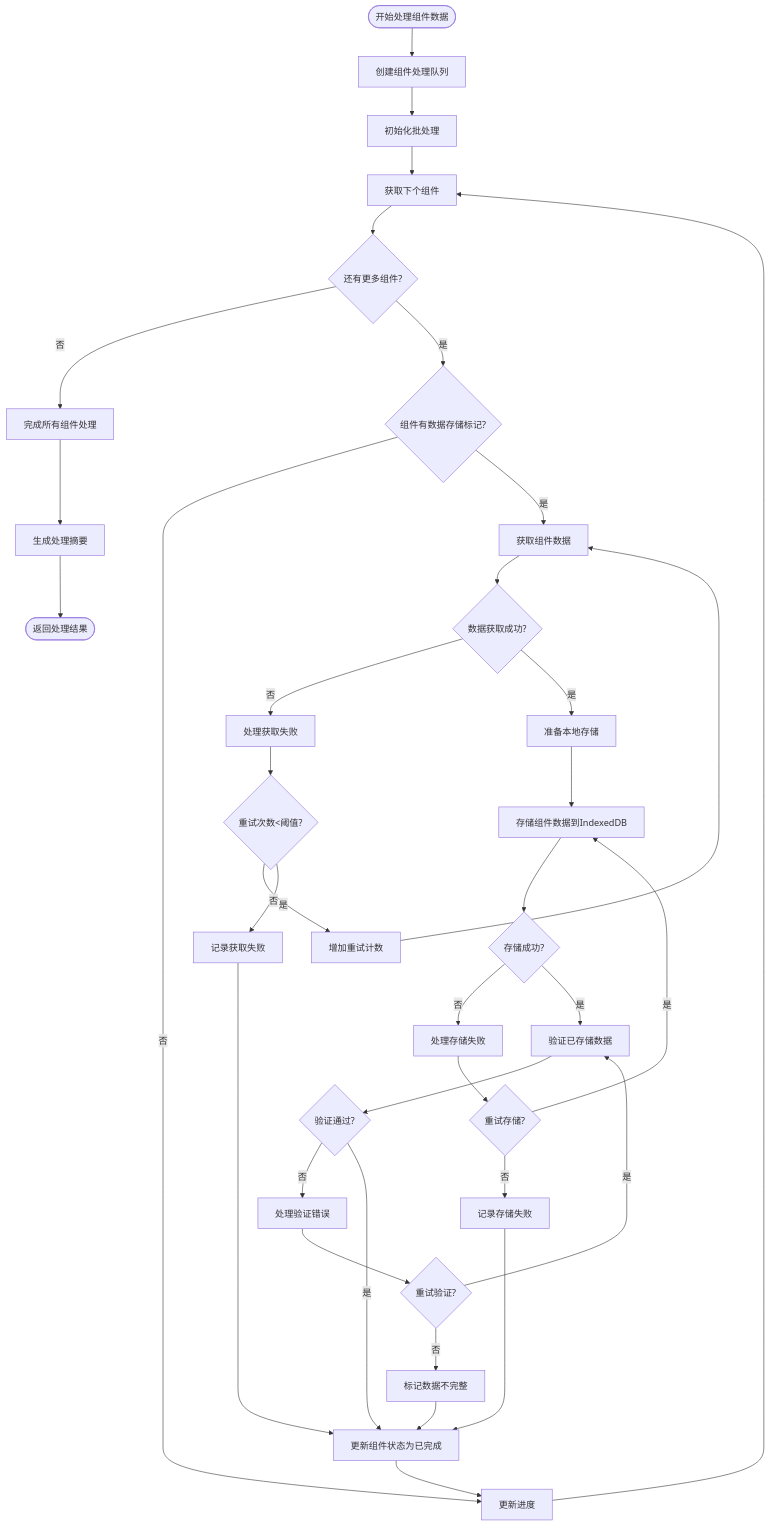
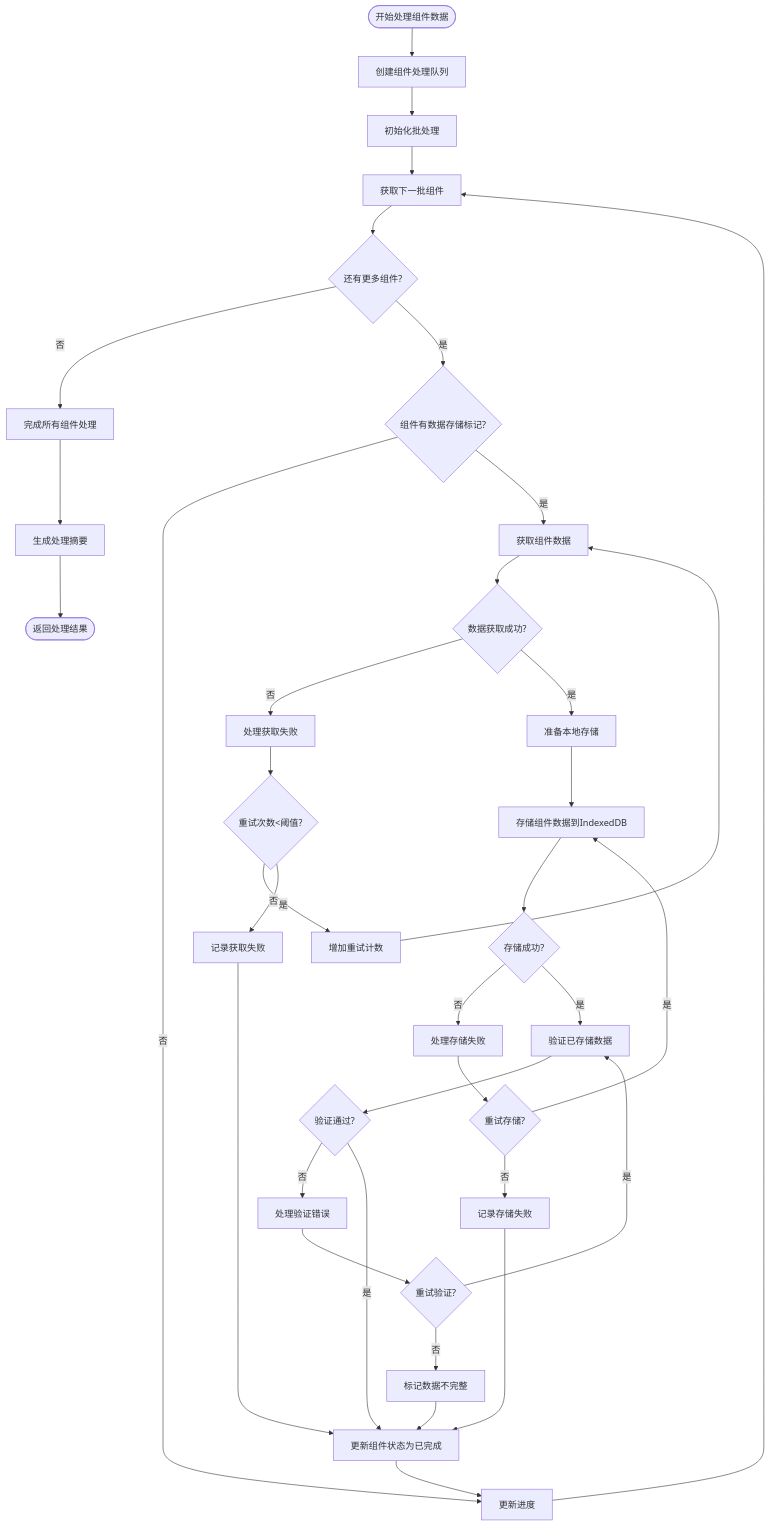
One commit to yingjianzh/iodraw-files changed the diagram in all/未命名-50.md. Above: the diagram before and after it, drawn with Mermaid.

Commit message:
2025-05-08 10:52:21 update

````diff
--- a/all/未命名-50.md
+++ b/all/未命名-50.md
@@ -1,51 +1,51 @@
 ```mermaid
 flowchart TD
     StartProcessing([开始处理组件数据]) --> CreateQueue[创建组件处理队列]
     
     CreateQueue --> InitBatchProcessing[初始化批处理]
     
-    InitBatchProcessing --> GetNextComponent[获取下个组件]
+    InitBatchProcessing --> GetNextComponent[获取下一批组件]
     GetNextComponent --> HasMoreComponents{还有更多组件?}
     
     HasMoreComponents -->|否| CompleteProcessing[完成所有组件处理]
     HasMoreComponents -->|是| CheckDataFlag{组件有数据存储标记?}
     
     CheckDataFlag -->|否| UpdateProgress[更新进度]
     CheckDataFlag -->|是| FetchComponentData[获取组件数据]
     
     FetchComponentData --> DataFetchOk{数据获取成功?}
     
     DataFetchOk -->|否| HandleFetchError[处理获取失败]
     HandleFetchError --> RetryCount{重试次数<阈值?}
     RetryCount -->|是| IncrementRetry[增加重试计数]
     IncrementRetry --> FetchComponentData
     RetryCount -->|否| LogFetchFailure[记录获取失败]
     
     DataFetchOk -->|是| PrepareStorage[准备本地存储]
     PrepareStorage --> StoreComponentData[存储组件数据到IndexedDB]
     
     StoreComponentData --> StorageOk{存储成功?}
     StorageOk -->|否| HandleStorageError[处理存储失败]
     HandleStorageError --> RetryStorage{重试存储?}
     RetryStorage -->|是| StoreComponentData
     RetryStorage -->|否| LogStorageFailure[记录存储失败]
     
     StorageOk -->|是| VerifyStoredData[验证已存储数据]
     VerifyStoredData --> VerifyOk{验证通过?}
     
     VerifyOk -->|否| HandleVerifyError[处理验证错误]
     HandleVerifyError --> RetryVerify{重试验证?}
     RetryVerify -->|是| VerifyStoredData
     RetryVerify -->|否| MarkDataIncomplete[标记数据不完整]
     
     VerifyOk -->|是| UpdateComponentStatus[更新组件状态为已完成]
     LogFetchFailure --> UpdateComponentStatus
     LogStorageFailure --> UpdateComponentStatus
     MarkDataIncomplete --> UpdateComponentStatus
     
     UpdateComponentStatus --> UpdateProgress
     UpdateProgress --> GetNextComponent
     
     CompleteProcessing --> GenerateSummary[生成处理摘要]
     GenerateSummary --> Return([返回处理结果])
 ```
````
